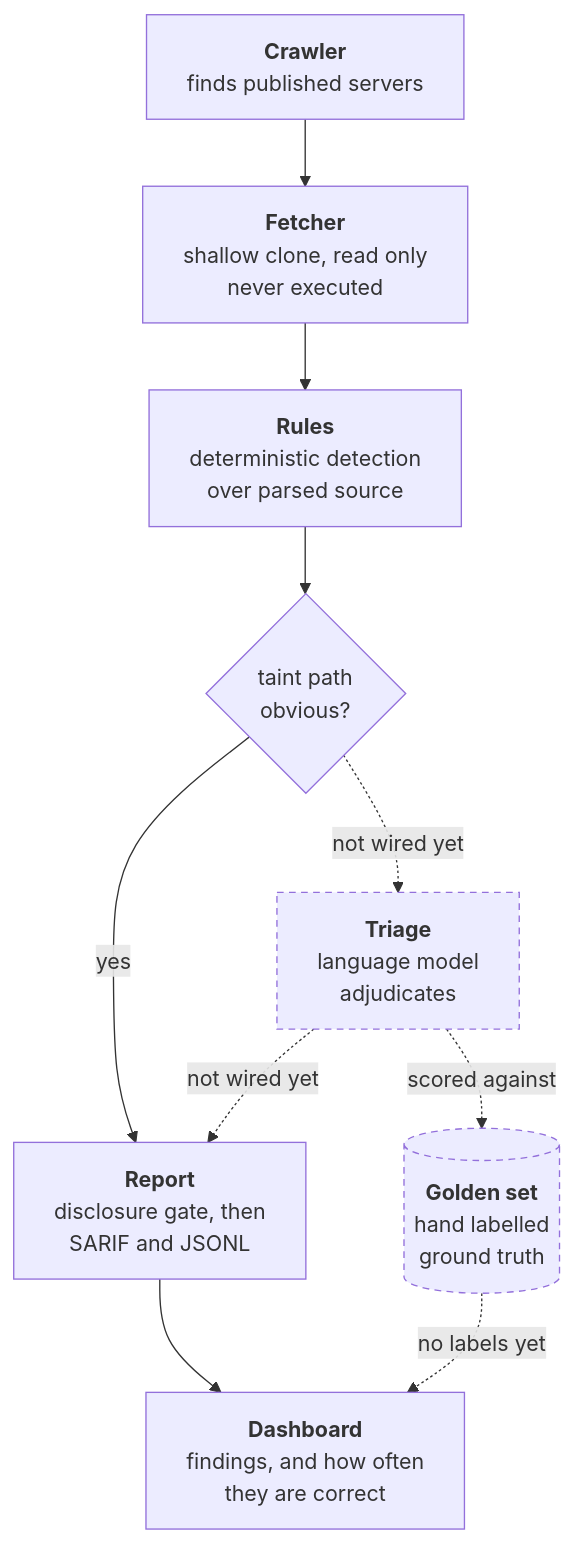
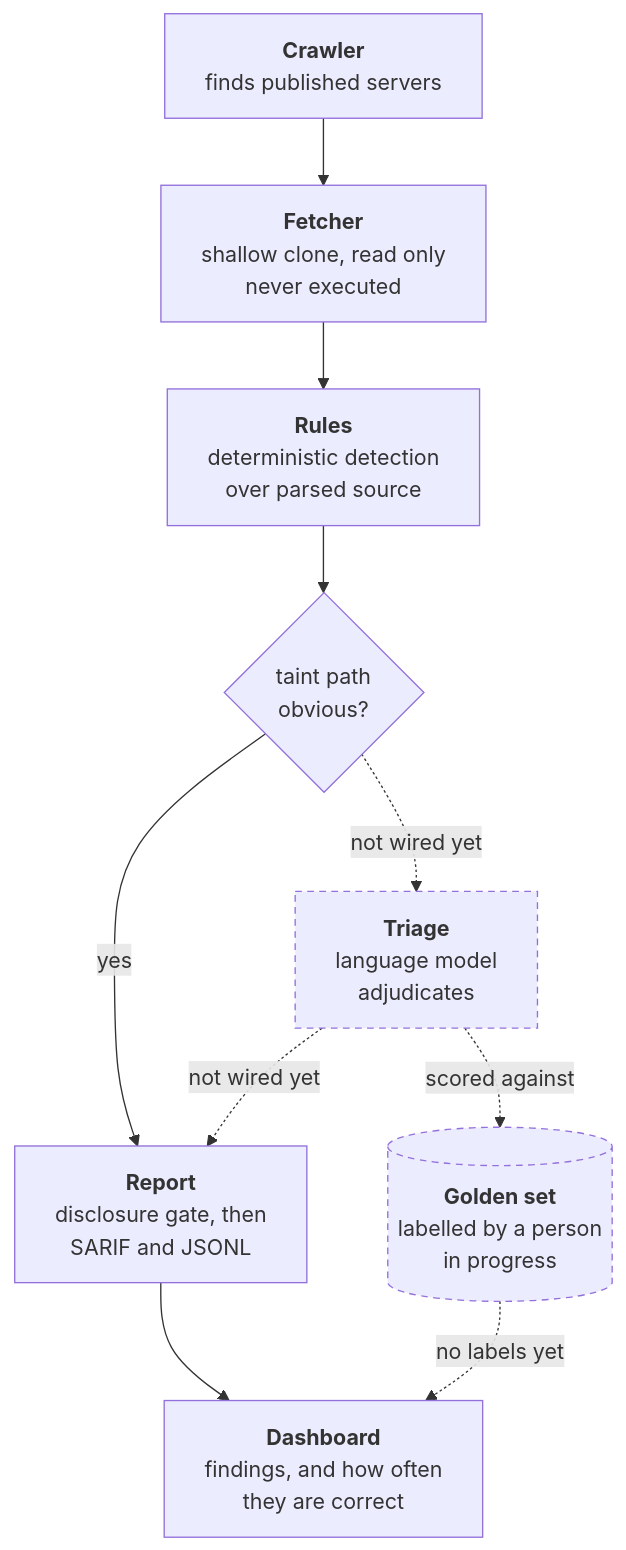
Before and after one commit to ManankumarThakkar/mcp-observatory: the diagram in README.md, drawn with Mermaid. The commit also changed other lines of this file and 1 other file, not shown here.

````diff
--- a/README.md
+++ b/README.md
@@ -199,22 +202,22 @@
 ```mermaid
 flowchart TD
     A["<b>Crawler</b><br/>finds published servers"]
     B["<b>Fetcher</b><br/>shallow clone, read only<br/>never executed"]
     C["<b>Rules</b><br/>deterministic detection<br/>over parsed source"]
     D{"taint path<br/>obvious?"}
     E["<b>Triage</b><br/>language model<br/>adjudicates"]
     F["<b>Report</b><br/>disclosure gate, then<br/>SARIF and JSONL"]
     G["<b>Dashboard</b><br/>findings, and how often<br/>they are correct"]
-    H[("<b>Golden set</b><br/>hand labelled<br/>ground truth")]
+    H[("<b>Golden set</b><br/>labelled by a person<br/>in progress")]
 
     A --> B --> C --> D
     D -- yes --> F
     D -. "not wired yet" .-> E
     E -. "not wired yet" .-> F
     F --> G
     E -.->|scored against| H
     H -.->|"no labels yet"| G
 
     classDef unbuilt stroke-dasharray: 5 4
     class E,H unbuilt
 ```
````
